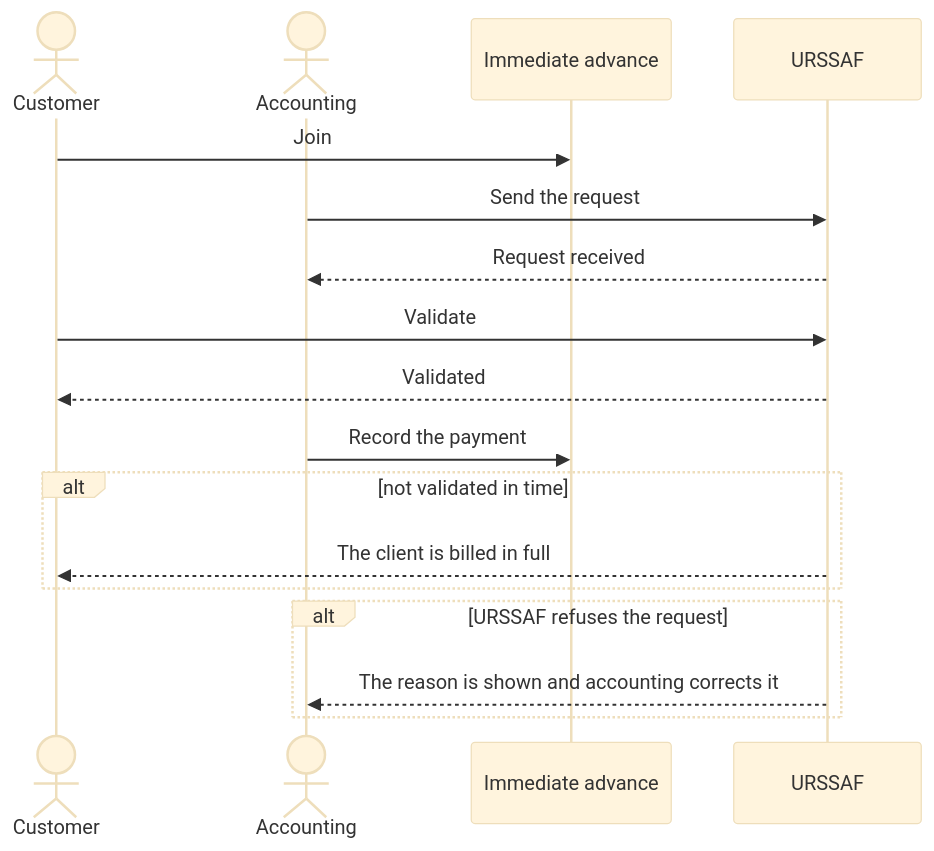
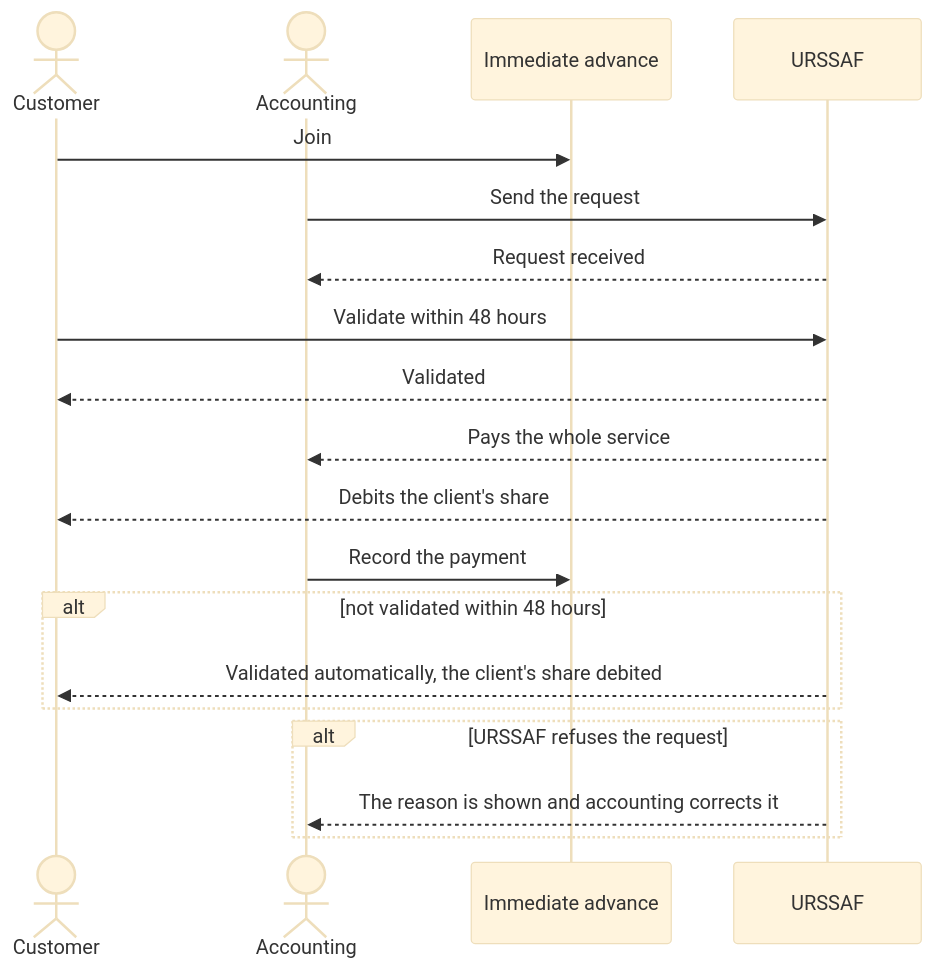
One commit to gpbcom/SimpleERP changed the diagram in docs/specs/08-sectors/sc04-home-care/use-cases/04-bill-and-fund/uc-sc04-10-use-the-immediate-advance.md. Above: the diagram before and after it, drawn with Mermaid (base theme). The commit also changed other lines of this file and 8816 other files, not shown here.

````diff
--- a/docs/specs/08-sectors/sc04-home-care/use-cases/04-bill-and-fund/uc-sc04-10-use-the-immediate-advance.md
+++ b/docs/specs/08-sectors/sc04-home-care/use-cases/04-bill-and-fund/uc-sc04-10-use-the-immediate-advance.md
@@ -111,19 +115,21 @@
 ```mermaid
 sequenceDiagram
   actor A1 as Customer
   actor A2 as Accounting
   participant P1 as Immediate advance
   participant P2 as URSSAF
   A1->>P1: Join
   A2->>P2: Send the request
   P2-->>A2: Request received
-  A1->>P2: Validate
+  A1->>P2: Validate within 48 hours
   P2-->>A1: Validated
+  P2-->>A2: Pays the whole service
+  P2-->>A1: Debits the client's share
   A2->>P1: Record the payment
-  alt not validated in time
-    P2-->>A1: The client is billed in full
+  alt not validated within 48 hours
+    P2-->>A1: Validated automatically, the client's share debited
   end
   alt URSSAF refuses the request
     P2-->>A2: The reason is shown and accounting corrects it
   end
 ```
````
